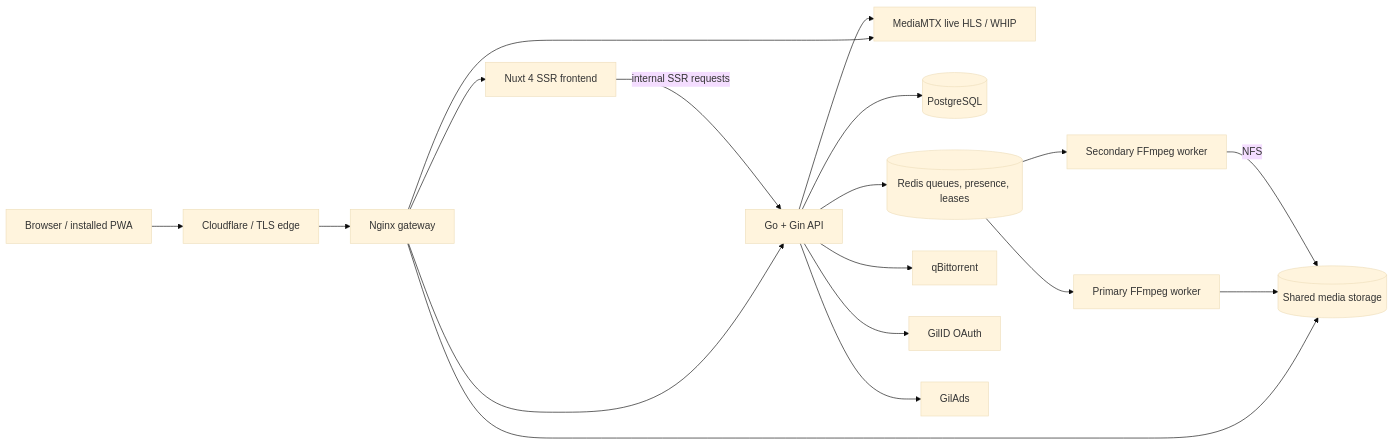
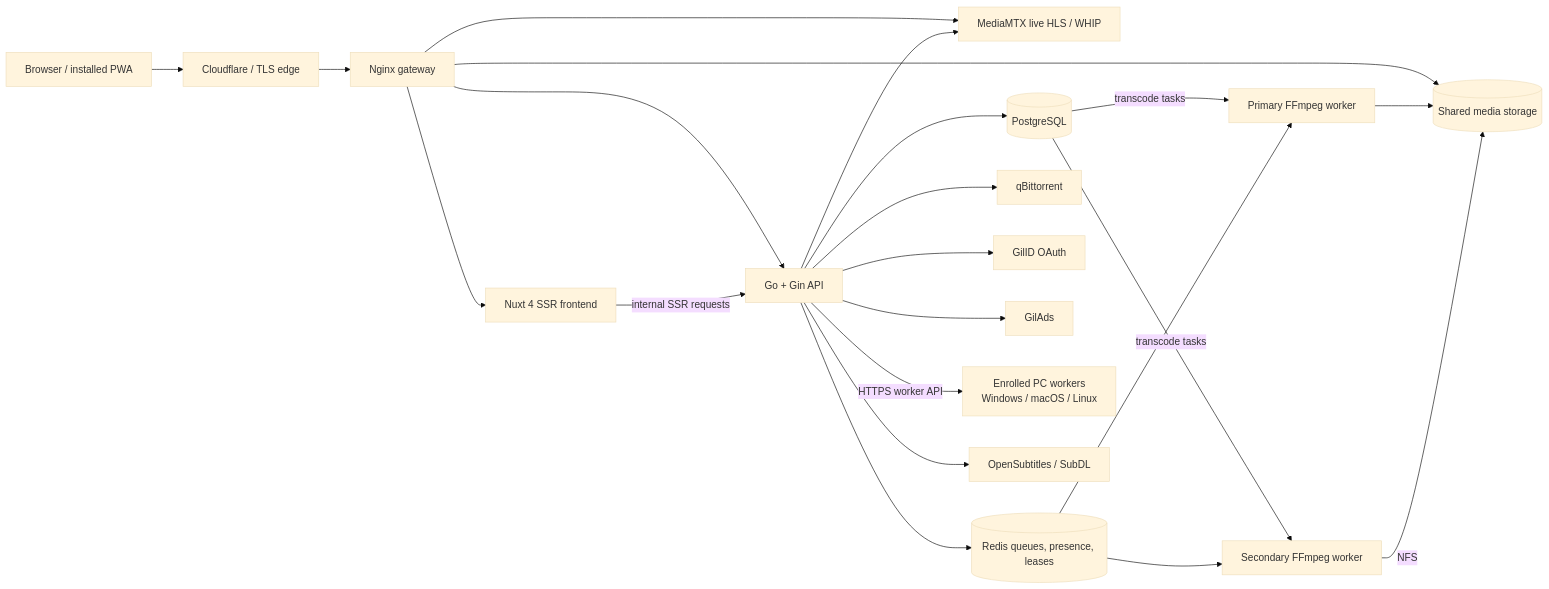
One commit to gil-666/giltube-frontend changed the diagram in README.md. Above: the diagram before and after it, drawn with Mermaid (base theme). The commit also changed other lines of this file and 2 other files, not shown here.

First line of the commit message:
Docs: distributed encoding, worker limits, online subtitles and audio sync

````diff
--- a/README.md
+++ b/README.md
@@ -163,22 +168,26 @@
 ```mermaid
 flowchart LR
     Browser[Browser / installed PWA] --> Edge[Cloudflare / TLS edge]
     Edge --> Gateway[Nginx gateway]
     Gateway --> Nuxt[Nuxt 4 SSR frontend]
     Gateway --> API[Go + Gin API]
     Gateway --> Media[(Shared media storage)]
     Gateway --> MediaMTX[MediaMTX live HLS / WHIP]
 
     Nuxt -->|internal SSR requests| API
     API --> Postgres[(PostgreSQL)]
     API --> Redis[(Redis queues, presence, leases)]
     API --> QB[qBittorrent]
     API --> MediaMTX
     API --> GilID[GilID OAuth]
     API --> GilAds[GilAds]
 
-    Redis --> Worker1[Primary FFmpeg worker]
-    Redis --> Worker2[Secondary FFmpeg worker]
+    Postgres -->|transcode tasks| Worker1[Primary FFmpeg worker]
+    Postgres -->|transcode tasks| Worker2[Secondary FFmpeg worker]
+    Redis --> Worker1
+    Redis --> Worker2
+    API -->|HTTPS worker API| Worker3[Enrolled PC workers<br/>Windows / macOS / Linux]
+    API --> Subs[OpenSubtitles / SubDL]
     Worker1 --> Media
     Worker2 -->|NFS| Media
 ```
````
